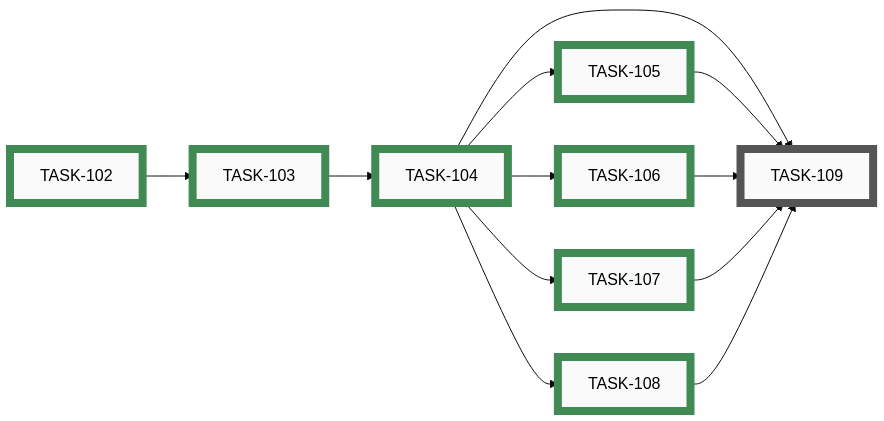
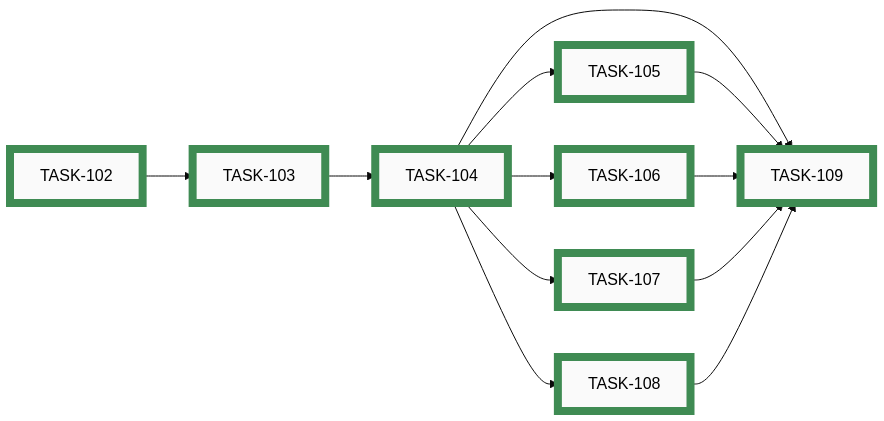
Diagram 13 of 15 in docs/developers/tasks/EPICS.md (tgd1975/CircuitSmith), drawn with Mermaid (base theme) before and after one commit. The commit also changed other lines of this file and 7 other files, not shown here.

````diff
--- a/docs/developers/tasks/EPICS.md
+++ b/docs/developers/tasks/EPICS.md
@@ -787,38 +787,38 @@
 ```mermaid
 graph LR
-    TASK_109["TASK-109"]:::open
     TASK_102["TASK-102"]:::closed
     TASK_103["TASK-103"]:::closed
     TASK_104["TASK-104"]:::closed
     TASK_105["TASK-105"]:::closed
     TASK_106["TASK-106"]:::closed
     TASK_107["TASK-107"]:::closed
     TASK_108["TASK-108"]:::closed
-    TASK_104 --> TASK_109
-    TASK_105 --> TASK_109
-    TASK_106 --> TASK_109
-    TASK_107 --> TASK_109
-    TASK_108 --> TASK_109
+    TASK_109["TASK-109"]:::closed
     TASK_102 --> TASK_103
     TASK_103 --> TASK_104
     TASK_104 --> TASK_105
     TASK_104 --> TASK_106
     TASK_104 --> TASK_107
     TASK_104 --> TASK_108
-    click TASK_109 "open/task-109-final-pass-readme-and-entry-points.md"
+    TASK_104 --> TASK_109
+    TASK_105 --> TASK_109
+    TASK_106 --> TASK_109
+    TASK_107 --> TASK_109
+    TASK_108 --> TASK_109
     click TASK_102 "closed/task-102-inventory-all-markdown-docs.md"
     click TASK_103 "closed/task-103-drift-sweep-stale-claims.md"
     click TASK_104 "closed/task-104-voice-unification-rewrite.md"
     click TASK_105 "closed/task-105-cross-reference-audit.md"
     click TASK_106 "closed/task-106-tutorial-alignment-with-epic-012.md"
     click TASK_107 "closed/task-107-test-plan-alignment-with-epic-011.md"
     click TASK_108 "closed/task-108-annotate-idea-001-dossier.md"
+    click TASK_109 "closed/task-109-final-pass-readme-and-entry-points.md"
     classDef open    fill:#FAFAFA,stroke:#555,stroke-width:8px,color:#000
     classDef active  fill:#FAFAFA,stroke:#1A6FA8,stroke-width:8px,color:#000
     classDef closed  fill:#FAFAFA,stroke:#3F8B53,stroke-width:8px,color:#000
     classDef paused  fill:#FAFAFA,stroke:#B07810,stroke-width:8px,color:#000
     classDef openExt    fill:#000,stroke:#888,stroke-width:8px,color:#FFF
     classDef activeExt  fill:#000,stroke:#3FA9F5,stroke-width:8px,color:#FFF
     classDef closedExt  fill:#000,stroke:#7CC68A,stroke-width:8px,color:#FFF
     classDef pausedExt  fill:#000,stroke:#F0B030,stroke-width:8px,color:#FFF
 ```
````
